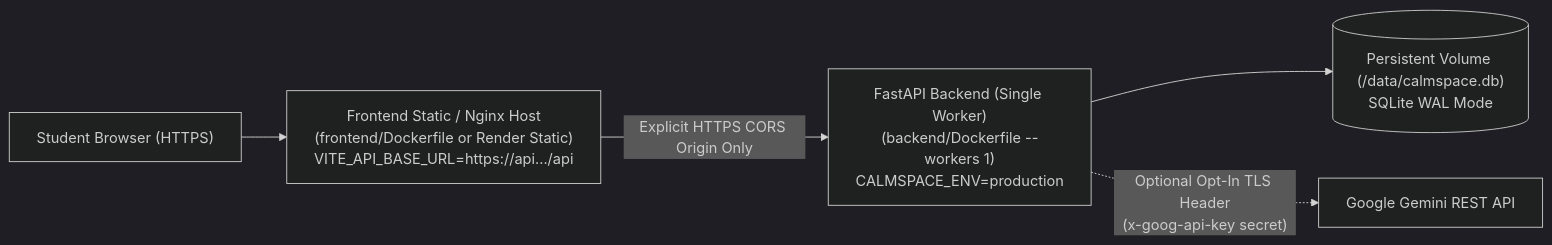
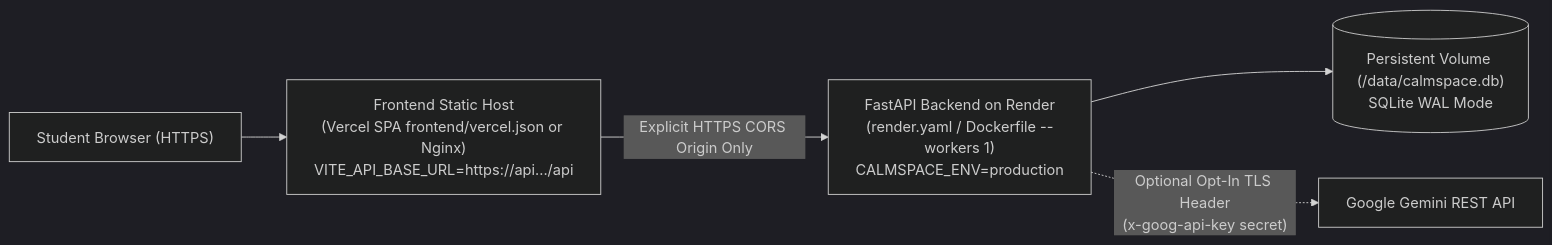
Before and after one commit to nikhi20-900/calmspace: the seventh of 7 diagrams in README.md, drawn with Mermaid (dark theme). The commit also changed 8 other files, not shown here.

````diff
--- a/README.md
+++ b/README.md
@@ -313,7 +313,7 @@
 ```mermaid
 flowchart LR
-    User["Student Browser (HTTPS)"] --> FEHost["Frontend Static / Nginx Host<br/>(frontend/Dockerfile or Render Static)<br/>VITE_API_BASE_URL=https://api.../api"]
-    FEHost -->|"Explicit HTTPS CORS Origin Only"| BEHost["FastAPI Backend (Single Worker)<br/>(backend/Dockerfile --workers 1)<br/>CALMSPACE_ENV=production"]
+    User["Student Browser (HTTPS)"] --> FEHost["Frontend Static Host<br/>(Vercel SPA frontend/vercel.json or Nginx)<br/>VITE_API_BASE_URL=https://api.../api"]
+    FEHost -->|"Explicit HTTPS CORS Origin Only"| BEHost["FastAPI Backend on Render<br/>(render.yaml / Dockerfile --workers 1)<br/>CALMSPACE_ENV=production"]
     BEHost --> Disk[("Persistent Volume (/data/calmspace.db)<br/>SQLite WAL Mode")]
     BEHost -.->|"Optional Opt-In TLS Header<br/>(x-goog-api-key secret)"| Gemini["Google Gemini REST API"]
 ```
````
